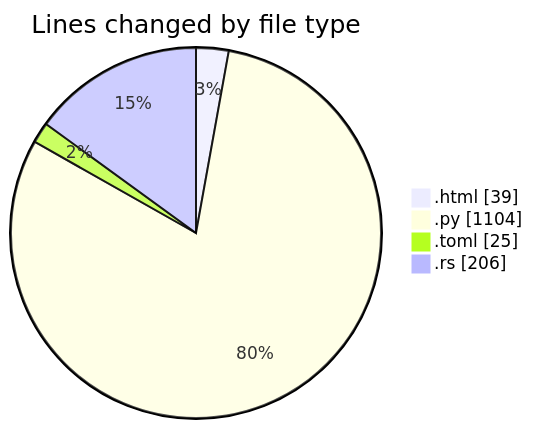
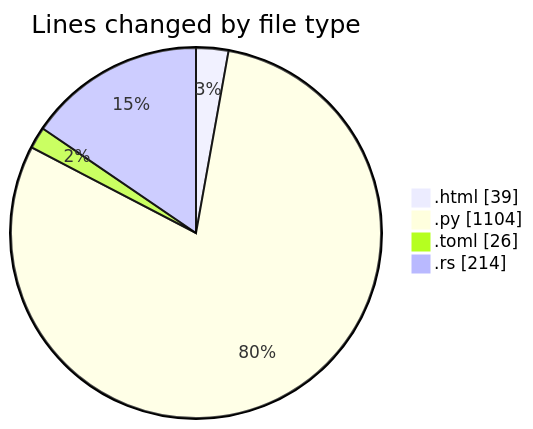
One commit to Ritupan-Deka/code-tracking changed the first of 2 diagrams in 2025-06-22/___base/README.md. Above: the diagram before and after it, drawn with Mermaid. The commit also changed other lines of this file and 1 other file, not shown here.

````diff
--- a/2025-06-22/___base/README.md
+++ b/2025-06-22/___base/README.md
@@ -25,8 +25,8 @@
 ```mermaid
 pie showData
 title Lines changed by file type
 ".html" : 39
 ".py" : 1104
-".toml" : 25
-".rs" : 206
+".toml" : 26
+".rs" : 214
 ```
````
